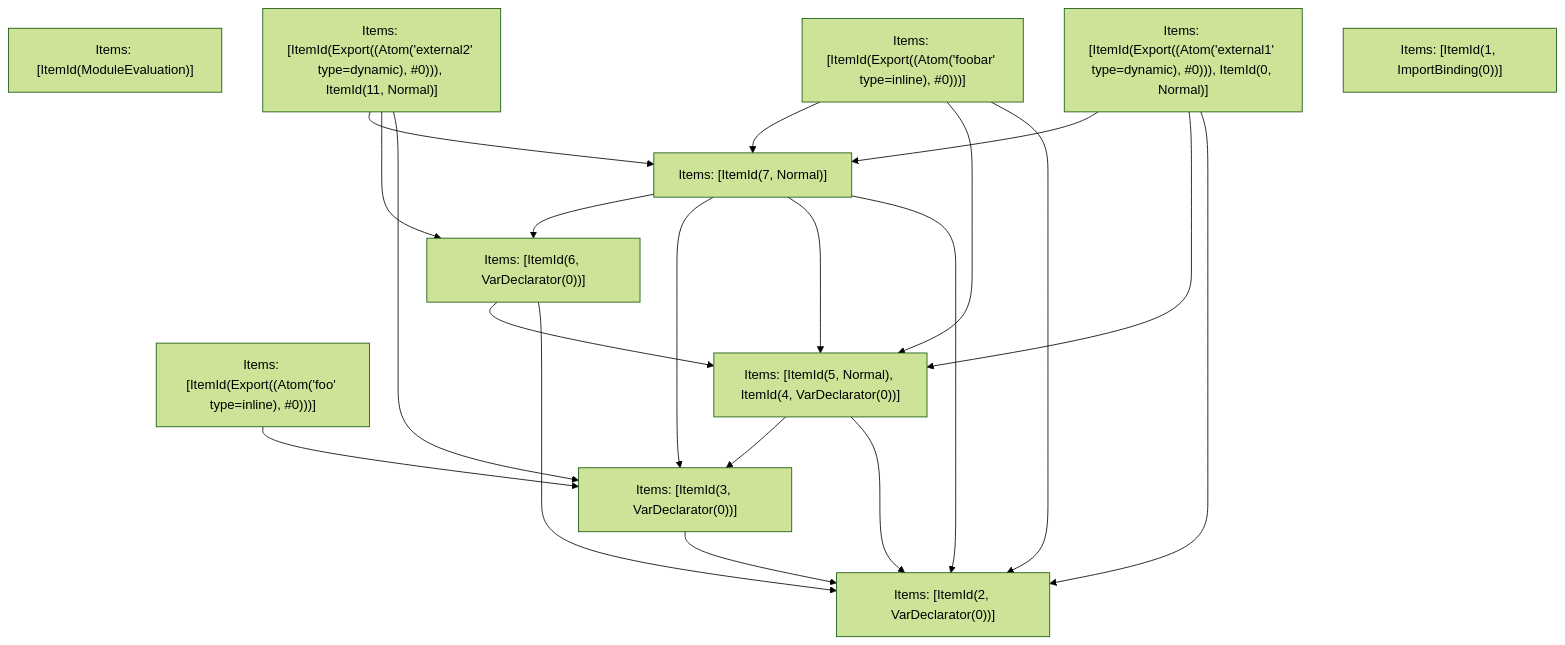
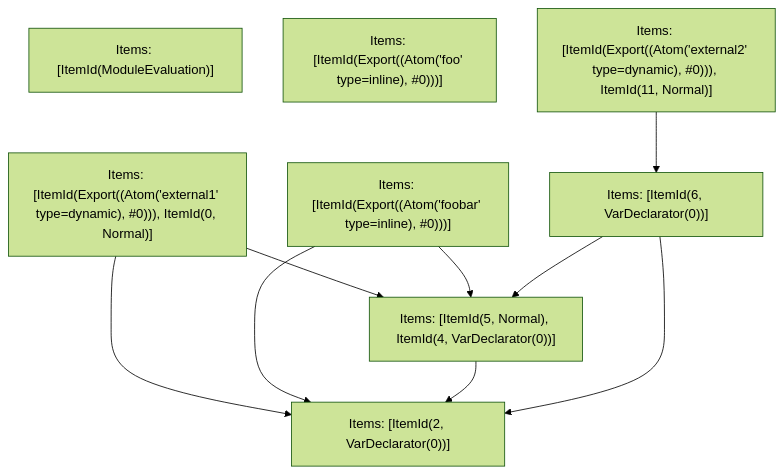
Before and after one commit to vercel/turborepo: the fifth of 5 diagrams in crates/turbopack-ecmascript/tests/tree-shaker/analyzer/2/output.md, drawn with Mermaid (forest theme). The commit also changed other lines of this file and 2 other files, not shown here.

Commit message:
Update test refs

````diff
--- a/crates/turbopack-ecmascript/tests/tree-shaker/analyzer/2/output.md
+++ b/crates/turbopack-ecmascript/tests/tree-shaker/analyzer/2/output.md
@@ -359,33 +359,19 @@
 ```mermaid
 graph TD
     N0["Items: [ItemId(ModuleEvaluation)]"];
     N1["Items: [ItemId(Export((Atom('external1' type=dynamic), #0))), ItemId(0, Normal)]"];
     N2["Items: [ItemId(Export((Atom('foobar' type=inline), #0)))]"];
     N3["Items: [ItemId(Export((Atom('foo' type=inline), #0)))]"];
     N4["Items: [ItemId(Export((Atom('external2' type=dynamic), #0))), ItemId(11, Normal)]"];
-    N5["Items: [ItemId(1, ImportBinding(0))]"];
-    N6["Items: [ItemId(2, VarDeclarator(0))]"];
-    N7["Items: [ItemId(3, VarDeclarator(0))]"];
-    N8["Items: [ItemId(5, Normal), ItemId(4, VarDeclarator(0))]"];
-    N9["Items: [ItemId(6, VarDeclarator(0))]"];
-    N10["Items: [ItemId(7, Normal)]"];
+    N5["Items: [ItemId(2, VarDeclarator(0))]"];
+    N6["Items: [ItemId(5, Normal), ItemId(4, VarDeclarator(0))]"];
+    N7["Items: [ItemId(6, VarDeclarator(0))]"];
+    N1 --> N5;
     N1 --> N6;
-    N1 --> N8;
-    N1 --> N10;
+    N2 --> N5;
     N2 --> N6;
-    N2 --> N8;
-    N2 --> N10;
-    N3 --> N7;
     N4 --> N7;
-    N4 --> N9;
-    N4 --> N10;
+    N6 --> N5;
+    N7 --> N5;
     N7 --> N6;
-    N8 --> N6;
-    N8 --> N7;
-    N9 --> N6;
-    N9 --> N8;
-    N10 --> N6;
-    N10 --> N8;
-    N10 --> N7;
-    N10 --> N9;
 ```
````
